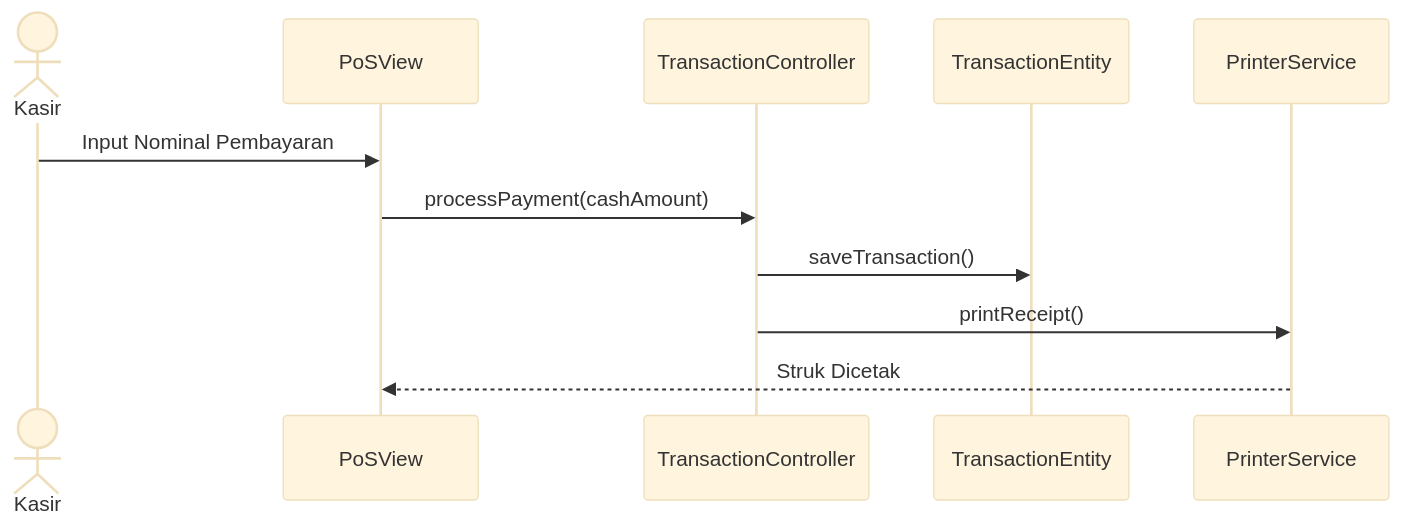
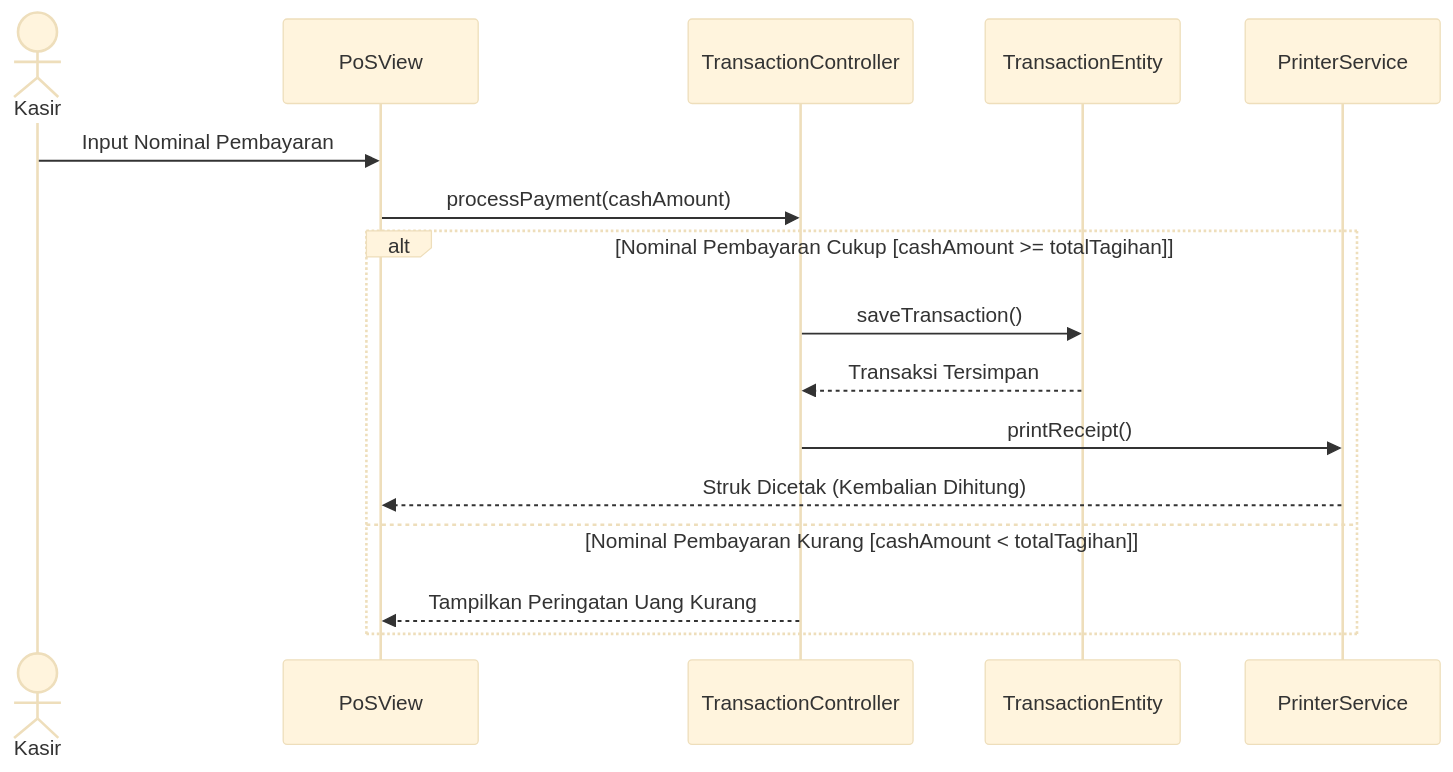
The fifth of 27 diagrams in docs/Tugas 1 - DPPL SISTEM PEMESANAN TIKET.md (impal-kelompok-4/pos-tiket-standup), drawn with Mermaid (base theme) before and after one commit. The commit also changed other lines of this file and 28 other files, not shown here.

````diff
--- a/docs/Tugas 1 - DPPL SISTEM PEMESANAN TIKET.md
+++ b/docs/Tugas 1 - DPPL SISTEM PEMESANAN TIKET.md
@@ -327,13 +332,18 @@
 ```mermaid
 sequenceDiagram
     actor Kasir
     participant PoSView
     participant TransactionController
     participant TransactionEntity
     participant PrinterService
     Kasir->>PoSView: Input Nominal Pembayaran
     PoSView->>TransactionController: processPayment(cashAmount)
-    TransactionController->>TransactionEntity: saveTransaction()
-    TransactionController->>PrinterService: printReceipt()
-    PrinterService-->>PoSView: Struk Dicetak
+    alt Nominal Pembayaran Cukup [cashAmount >= totalTagihan]
+        TransactionController->>TransactionEntity: saveTransaction()
+        TransactionEntity-->>TransactionController: Transaksi Tersimpan
+        TransactionController->>PrinterService: printReceipt()
+        PrinterService-->>PoSView: Struk Dicetak (Kembalian Dihitung)
+    else Nominal Pembayaran Kurang [cashAmount < totalTagihan]
+        TransactionController-->>PoSView: Tampilkan Peringatan Uang Kurang
+    end
 ```
````
